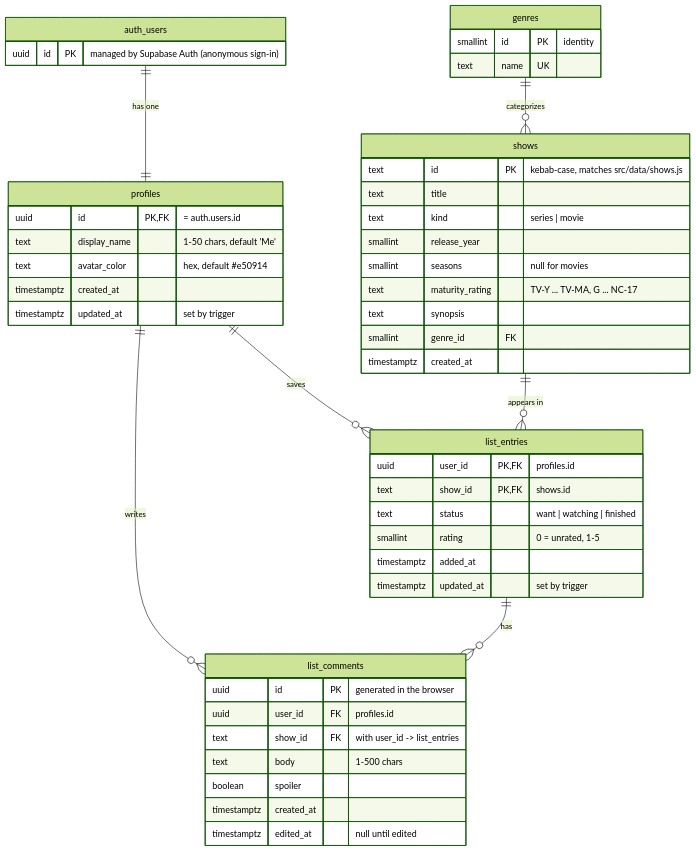
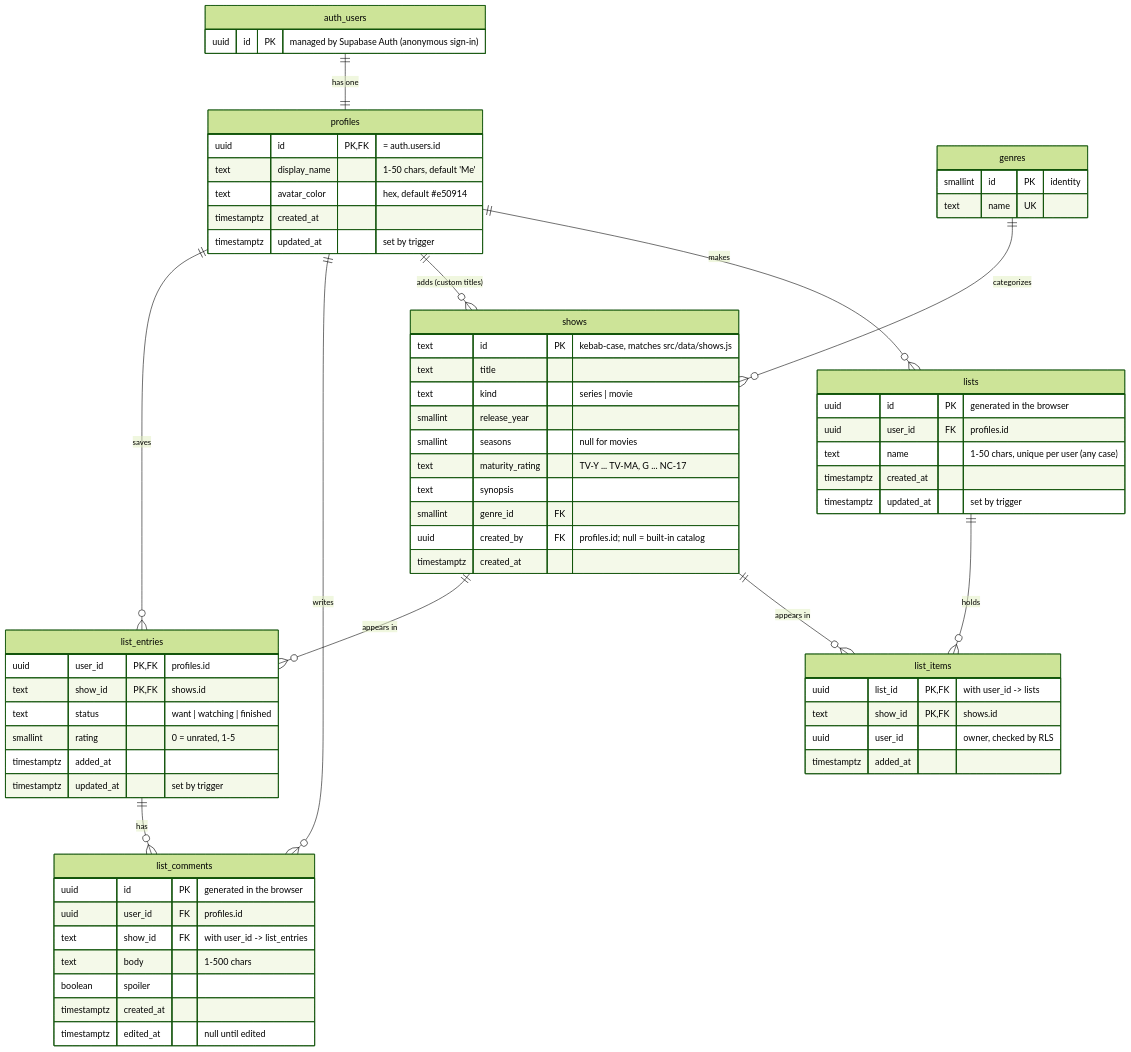
One commit to cruzjay188/netflix changed the diagram in docs/SCHEMA.md. Above: the diagram before and after it, drawn with Mermaid (forest theme). The commit also changed other lines of this file and 25 other files, not shown here.

First line of the commit message:
Add your own titles and named lists (Netflix Clone II minimum)

````diff
--- a/docs/SCHEMA.md
+++ b/docs/SCHEMA.md
@@ -7,57 +7,77 @@
 ```mermaid
 erDiagram
     auth_users ||--|| profiles : "has one"
     profiles ||--o{ list_entries : "saves"
     profiles ||--o{ list_comments : "writes"
     list_entries ||--o{ list_comments : "has"
     shows ||--o{ list_entries : "appears in"
     genres ||--o{ shows : "categorizes"
+    profiles ||--o{ shows : "adds (custom titles)"
+    profiles ||--o{ lists : "makes"
+    lists ||--o{ list_items : "holds"
+    shows ||--o{ list_items : "appears in"
 
     auth_users {
         uuid id PK "managed by Supabase Auth (anonymous sign-in)"
     }
 
     profiles {
         uuid id PK, FK "= auth.users.id"
         text display_name "1-50 chars, default 'Me'"
         text avatar_color "hex, default #e50914"
         timestamptz created_at
         timestamptz updated_at "set by trigger"
     }
 
     genres {
         smallint id PK "identity"
         text name UK
     }
 
     shows {
         text id PK "kebab-case, matches src/data/shows.js"
         text title
         text kind "series | movie"
         smallint release_year
         smallint seasons "null for movies"
         text maturity_rating "TV-Y ... TV-MA, G ... NC-17"
         text synopsis
         smallint genre_id FK
+        uuid created_by FK "profiles.id; null = built-in catalog"
         timestamptz created_at
+    }
+
+    lists {
+        uuid id PK "generated in the browser"
+        uuid user_id FK "profiles.id"
+        text name "1-50 chars, unique per user (any case)"
+        timestamptz created_at
+        timestamptz updated_at "set by trigger"
+    }
+
+    list_items {
+        uuid list_id PK, FK "with user_id -> lists"
+        text show_id PK, FK "shows.id"
+        uuid user_id "owner, checked by RLS"
+        timestamptz added_at
     }
 
     list_entries {
         uuid user_id PK, FK "profiles.id"
         text show_id PK, FK "shows.id"
         text status "want | watching | finished"
         smallint rating "0 = unrated, 1-5"
         timestamptz added_at
         timestamptz updated_at "set by trigger"
     }
 
     list_comments {
         uuid id PK "generated in the browser"
         uuid user_id FK "profiles.id"
         text show_id FK "with user_id -> list_entries"
         text body "1-500 chars"
         boolean spoiler
         timestamptz created_at
         timestamptz edited_at "null until edited"
     }
 ```
````
